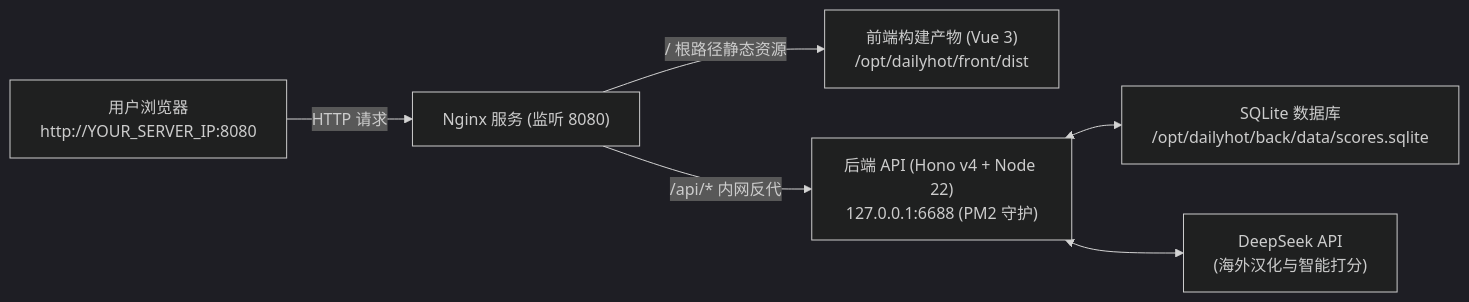
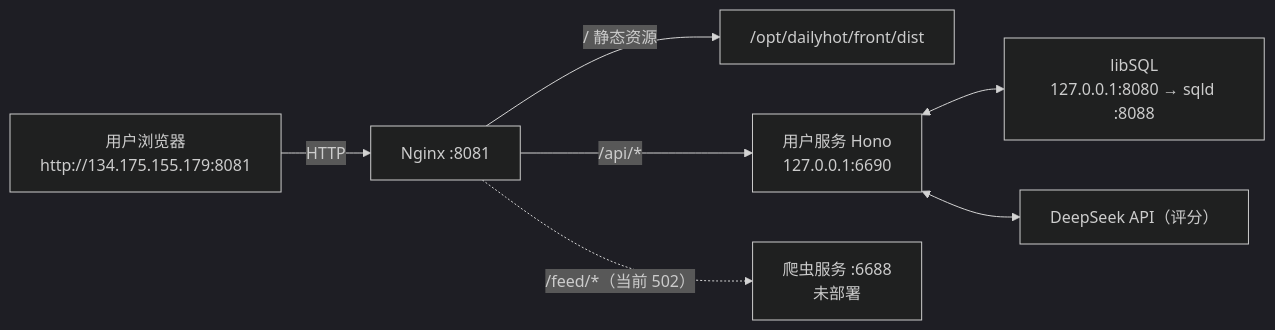
Before and after one commit to g39088902/dailyforyou: the first of 2 diagrams in DEPLOYMENT.md, drawn with Mermaid (dark theme). The commit also changed other lines of this file and 142 other files, not shown here.

````diff
--- a/DEPLOYMENT.md
+++ b/DEPLOYMENT.md
@@ -17,8 +32,9 @@
 ```mermaid
 flowchart LR
-    User["用户浏览器\nhttp://YOUR_SERVER_IP:8080"] -->|HTTP 请求| Nginx["Nginx 服务 (监听 8080)"]
-    Nginx -->|/ 根路径静态资源| FrontDist["前端构建产物 (Vue 3)\n/opt/dailyhot/front/dist"]
-    Nginx -->|/api/* 内网反代| BackService["后端 API (Hono v4 + Node 22)\n127.0.0.1:6688 (PM2 守护)"]
-    BackService <--> SQLite["SQLite 数据库\n/opt/dailyhot/back/data/scores.sqlite"]
-    BackService <--> DeepSeek["DeepSeek API\n(海外汉化与智能打分)"]
+    User["用户浏览器\nhttp://134.175.155.179:8081"] -->|HTTP| Nginx["Nginx :8081"]
+    Nginx -->|"/ 静态资源"| FrontDist["/opt/dailyhot/front/dist"]
+    Nginx -->|"/api/*"| UserSvc["用户服务 Hono\n127.0.0.1:6690"]
+    Nginx -.->|"/feed/*（当前 502）"| Crawler["爬虫服务 :6688\n未部署"]
+    UserSvc <--> DB["libSQL\n127.0.0.1:8080 → sqld :8088"]
+    UserSvc <--> DeepSeek["DeepSeek API（评分）"]
 ```
````
